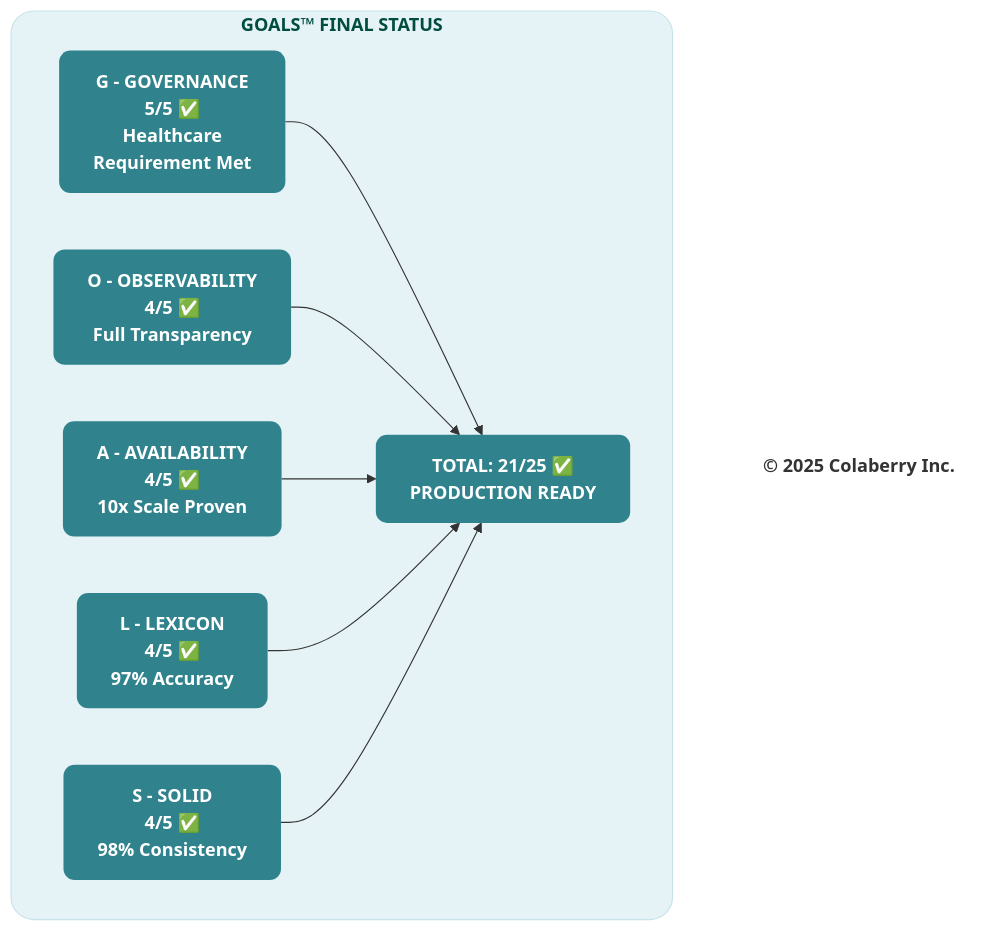
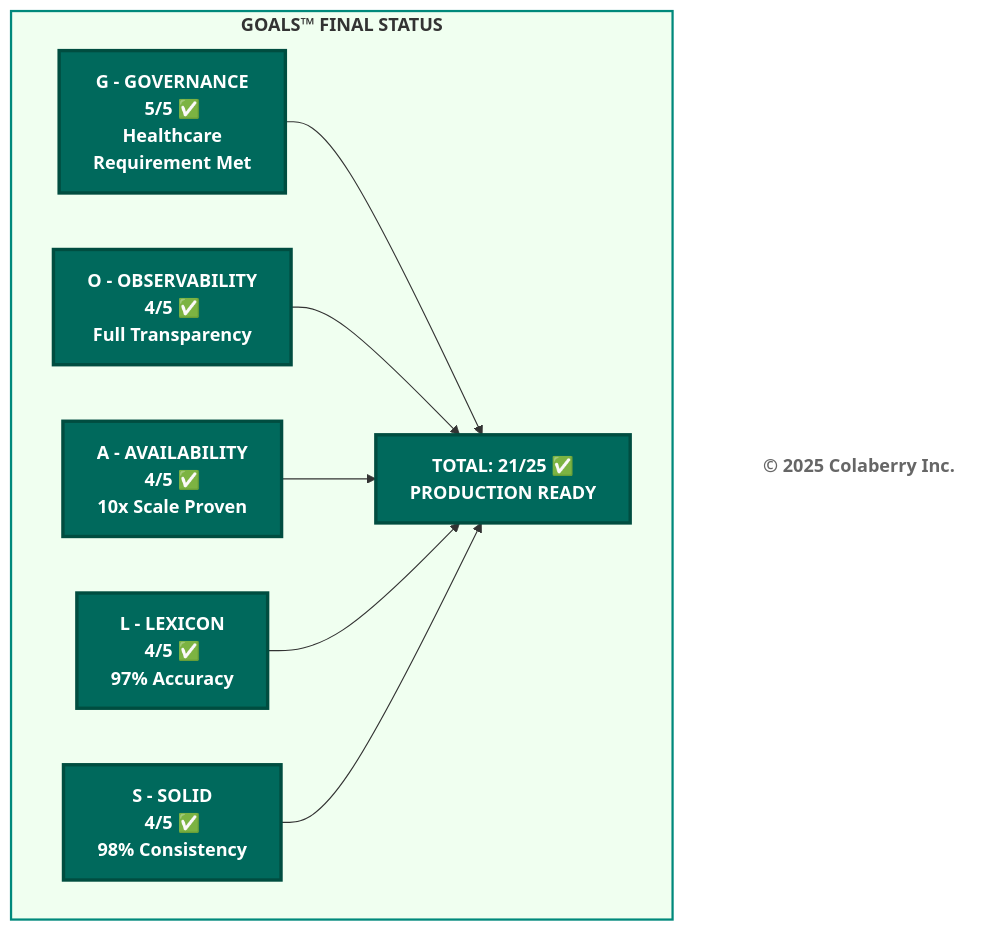
One commit to saitejesh-cyber/trust-before-intelligence-book changed the eighth of 11 diagrams in manuscript/09_chapter_8_architecture_of_trust_in_action.md. Above: the diagram before and after it, drawn with Mermaid. The commit also changed other lines of this file and 12 other files, not shown here.

Commit message:
Restore legacy Mermaid styles for Option 1

````diff
--- a/manuscript/09_chapter_8_architecture_of_trust_in_action.md
+++ b/manuscript/09_chapter_8_architecture_of_trust_in_action.md
@@ -706,29 +706,29 @@
 ```mermaid
 graph TB
   subgraph FINAL["<b>GOALS™ FINAL STATUS</b>"]
     G["<b>G - GOVERNANCE</b><br/><b>5/5 ✅</b><br/><b>Healthcare <br/>Requirement Met</b>"]
     O["<b>O - OBSERVABILITY</b><br/><b>4/5 ✅</b><br/><b>Full Transparency</b>"]
     A["<b>A - AVAILABILITY</b><br/><b>4/5 ✅</b><br/><b>10x Scale Proven</b>"]
     L["<b>L - LEXICON</b><br/><b>4/5 ✅</b><br/><b>97% Accuracy</b>"]
     S["<b>S - SOLID</b><br/><b>4/5 ✅</b><br/><b>98% Consistency</b>"]
     
     TOTAL["<b>TOTAL: 21/25 ✅</b><br/><b>PRODUCTION READY</b>"]
   end
   
   G --> TOTAL
   O --> TOTAL
   A --> TOTAL
   L --> TOTAL
   S --> TOTAL
   
-  style FINAL fill:#e6f3f6,stroke:#c7e3ea,stroke-width:1px,color:#004d40,rx:20,ry:20
-  style G fill:#30838C,stroke:none,color:#ffffff,rx:10,ry:10
-  style O fill:#30838C,stroke:none,color:#ffffff,rx:10,ry:10
-  style A fill:#30838C,stroke:none,color:#ffffff,rx:10,ry:10
-  style L fill:#30838C,stroke:none,color:#ffffff,rx:10,ry:10
-  style S fill:#30838C,stroke:none,color:#ffffff,rx:10,ry:10
-  style TOTAL fill:#30838C,stroke:none,color:#ffffff,rx:10,ry:10
+  style FINAL fill:#f0fff0,stroke:#00897b,stroke-width:2px
+  style G fill:#00695c,color:#ffffff,stroke:#004d40,stroke-width:3px
+  style O fill:#00695c,color:#ffffff,stroke:#004d40,stroke-width:3px
+  style A fill:#00695c,color:#ffffff,stroke:#004d40,stroke-width:3px
+  style L fill:#00695c,color:#ffffff,stroke:#004d40,stroke-width:3px
+  style S fill:#00695c,color:#ffffff,stroke:#004d40,stroke-width:3px
+  style TOTAL fill:#00695c,color:#ffffff,stroke:#004d40,stroke-width:3px
   
   Copyright["<b>© 2025 Colaberry Inc.</b>"]
-  style Copyright fill:none,stroke:none,color:#333333
+  style Copyright fill:#ffffff,stroke:none,color:#666666
 ```
````
